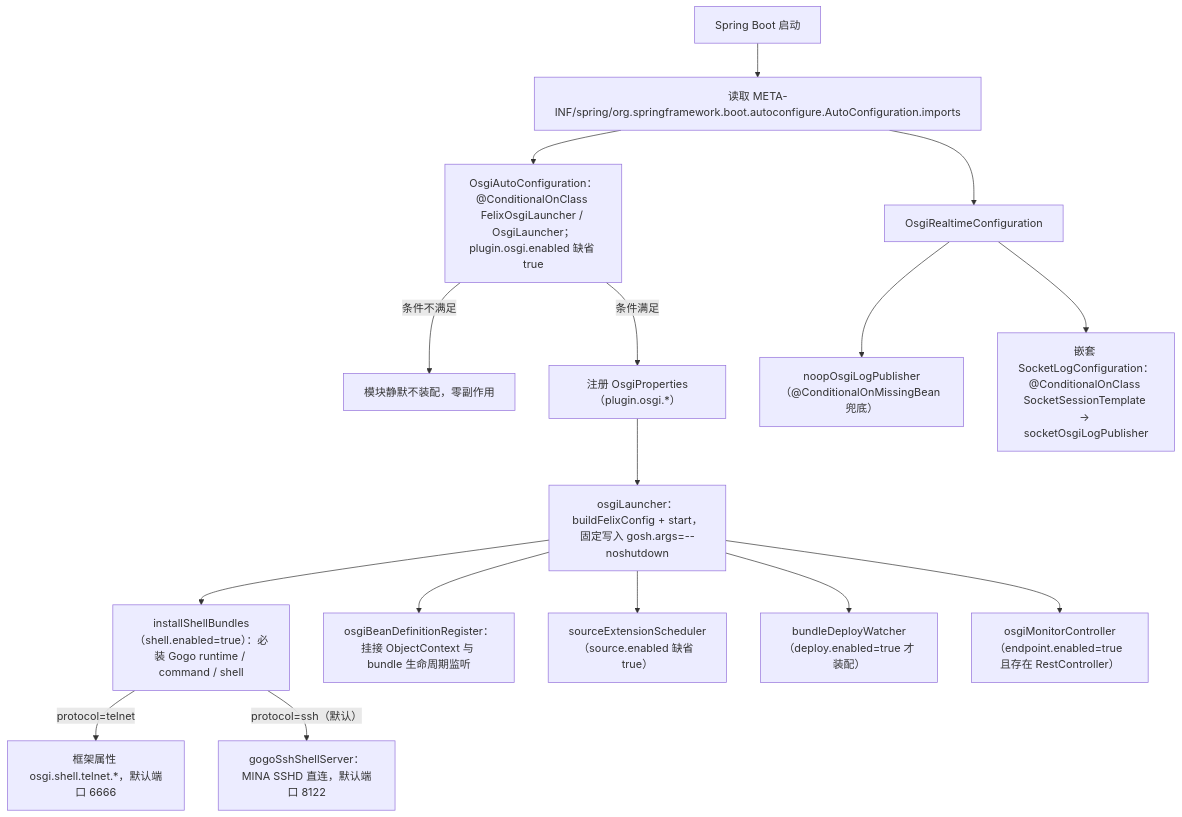
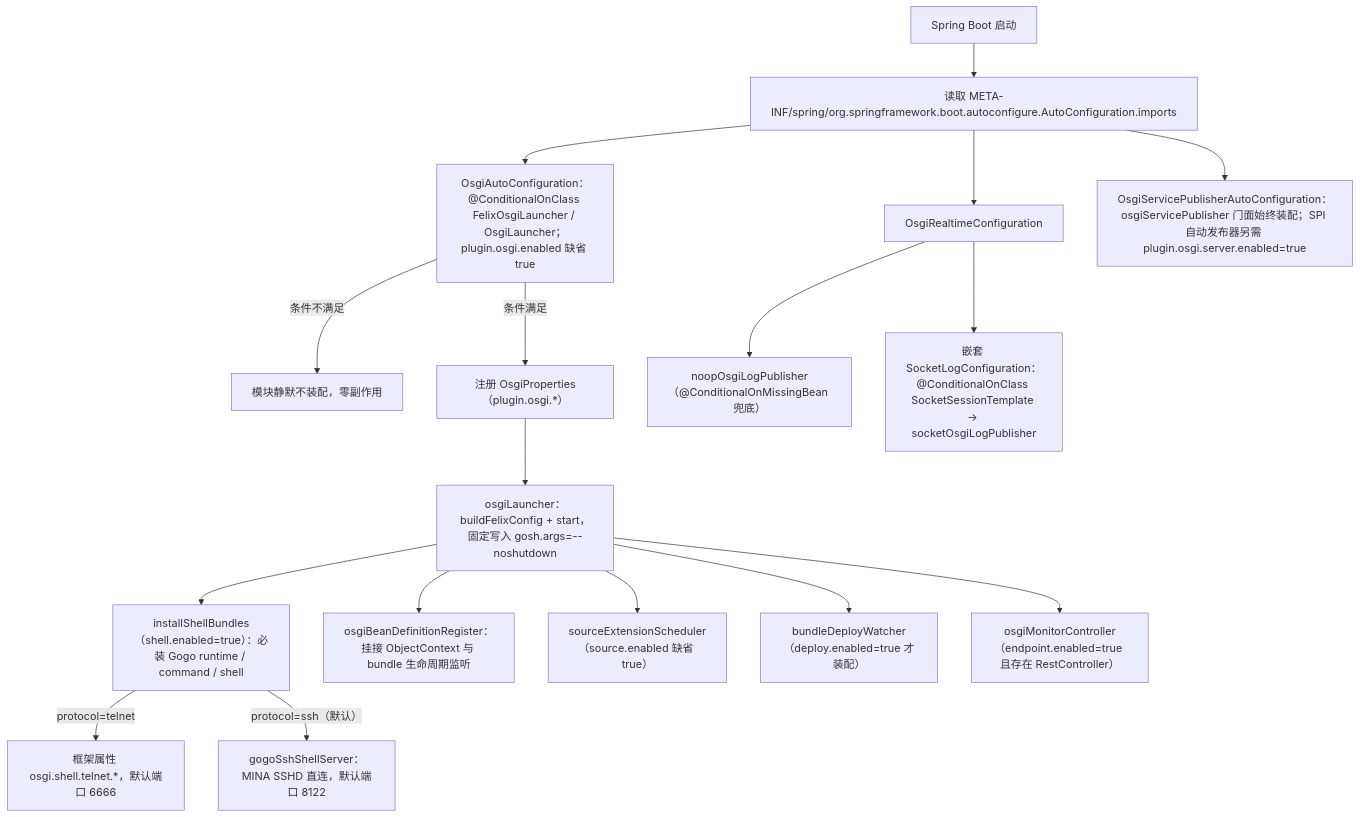
One commit to CHTK001/spring-support-parent-starter changed the second of 2 diagrams in spring-support-osgi-starter/README.md. Above: the diagram before and after it, drawn with Mermaid. The commit also changed other lines of this file and 146 other files, not shown here.

````diff
--- a/spring-support-osgi-starter/README.md
+++ b/spring-support-osgi-starter/README.md
@@ -41,18 +41,19 @@
 ```mermaid
 flowchart TD
     S["Spring Boot 启动"] --> I["读取 META-INF/spring/org.springframework.boot.autoconfigure.AutoConfiguration.imports"]
     I --> C1["OsgiAutoConfiguration：@ConditionalOnClass FelixOsgiLauncher / OsgiLauncher；plugin.osgi.enabled 缺省 true"]
     I --> C2["OsgiRealtimeConfiguration"]
+    I --> C3["OsgiServicePublisherAutoConfiguration：osgiServicePublisher 门面始终装配；SPI 自动发布器另需 plugin.osgi.server.enabled=true"]
     C1 -->|"条件不满足"| X["模块静默不装配，零副作用"]
     C1 -->|"条件满足"| P["注册 OsgiProperties（plugin.osgi.*）"]
     P --> B1["osgiLauncher：buildFelixConfig + start，固定写入 gosh.args=--noshutdown"]
     B1 --> SB["installShellBundles（shell.enabled=true）：必装 Gogo runtime / command / shell"]
     SB -->|"protocol=telnet"| T["框架属性 osgi.shell.telnet.*，默认端口 6666"]
     SB -->|"protocol=ssh（默认）"| SS["gogoSshShellServer：MINA SSHD 直连，默认端口 8122"]
     B1 --> BR["osgiBeanDefinitionRegister：挂接 ObjectContext 与 bundle 生命周期监听"]
     B1 --> SE["sourceExtensionScheduler（source.enabled 缺省 true）"]
     B1 --> DE["bundleDeployWatcher（deploy.enabled=true 才装配）"]
     B1 --> EP["osgiMonitorController（endpoint.enabled=true 且存在 RestController）"]
     C2 --> NP["noopOsgiLogPublisher（@ConditionalOnMissingBean 兜底）"]
     C2 --> SP["嵌套 SocketLogConfiguration：@ConditionalOnClass SocketSessionTemplate → socketOsgiLogPublisher"]
 ```
````
